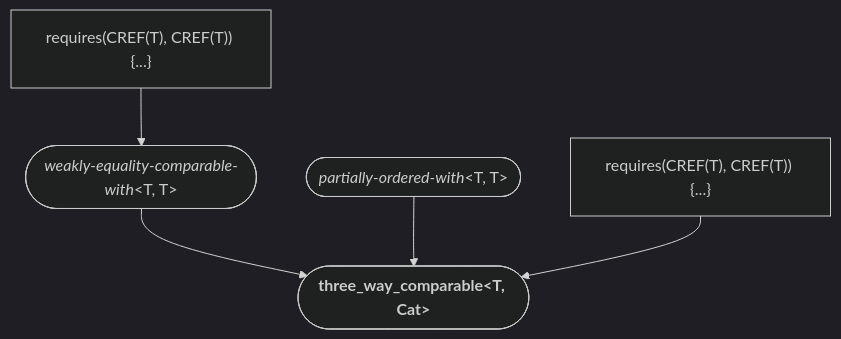
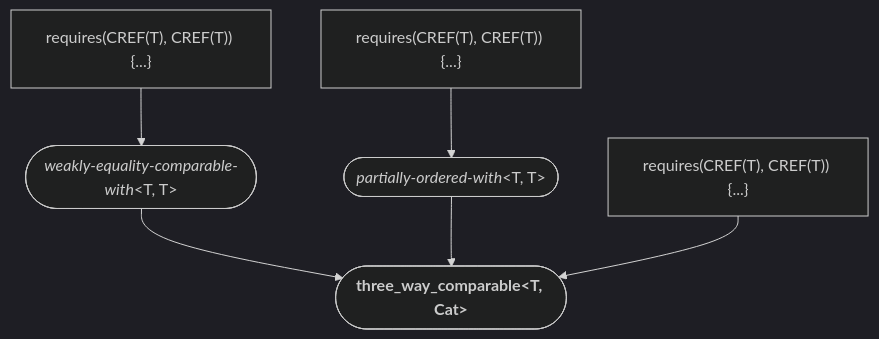
Before and after one commit to yohhoy/cpp-concepts: diagram 26 of 27 in README.md, drawn with Mermaid (dark theme). The commit also changed other lines of this file, not shown here.

Commit message:
expand partially-ordered-with

````diff
--- a/README.md
+++ b/README.md
@@ -310,9 +314,11 @@
 ```mermaid
 graph TD
-    %% std::weakly-equality-comparable-with<T, T>
-    AC1["requires(CREF(T), CREF(T)) {...}"] --> weakly-equality-comparable-with(["<i>weakly-equality-comparable-with</i>&lt;T, T&gt;"]);
+    %% partially-ordered-with<T, T>
+    AC1["requires(CREF(T), CREF(T)) {...}"] --> partially-ordered-with(["<i>partially-ordered-with</i>&lt;T, T&gt;"]);
+    %% weakly-equality-comparable-with<T, T>
+    AC2["requires(CREF(T), CREF(T)) {...}"] --> weakly-equality-comparable-with(["<i>weakly-equality-comparable-with</i>&lt;T, T&gt;"]);
     %% std::three_way_comparable<T, Cat>
     weakly-equality-comparable-with --> three_way_comparable(["<b>three_way_comparable&lt;T, Cat&gt;</b>"])
-    partially-ordered-with(["<i>partially-ordered-with</i>&lt;T, T&gt;"]) --> three_way_comparable
-    AC2["requires(CREF(T), CREF(T)) {...}"] --> three_way_comparable
+    partially-ordered-with --> three_way_comparable
+    AC3["requires(CREF(T), CREF(T)) {...}"] --> three_way_comparable
 ```
````
